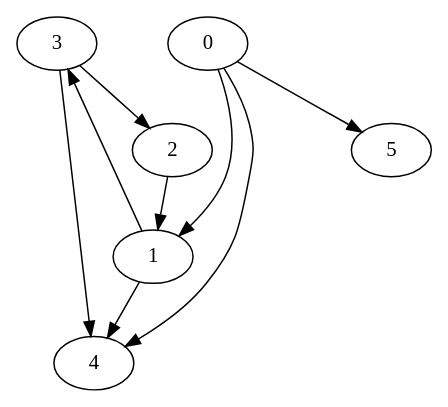
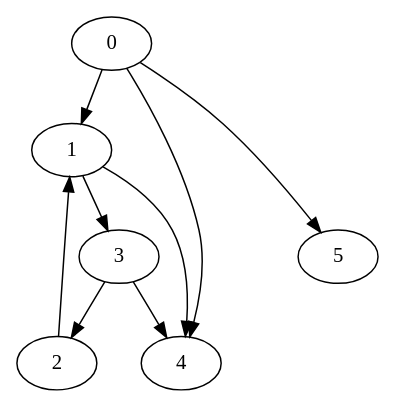
The diagram in chapter-4-trees-and-graphs/graph/graph.gv (nkane/cracking-the-code-interview), drawn with Graphviz before and after one commit. The commit also changed other lines of this file and 18 other files, not shown here.

```diff
--- a/chapter-4-trees-and-graphs/graph/graph.gv
+++ b/chapter-4-trees-and-graphs/graph/graph.gv
@@ -1,32 +1,32 @@
 strict digraph {
 
 
+	"1" [  weight=0 ];
+
+	"1" -> "3" [  weight=0 ];
+
+	"1" -> "4" [  weight=0 ];
+
+	"2" [  weight=0 ];
+
+	"2" -> "1" [  weight=0 ];
+
 	"3" [  weight=0 ];
 
+	"3" -> "4" [  weight=0 ];
+
 	"3" -> "2" [  weight=0 ];
-
-	"3" -> "4" [  weight=0 ];
 
 	"4" [  weight=0 ];
 
 	"5" [  weight=0 ];
 
 	"0" [  weight=0 ];
 
+	"0" -> "1" [  weight=0 ];
+
 	"0" -> "4" [  weight=0 ];
 
 	"0" -> "5" [  weight=0 ];
 
-	"0" -> "1" [  weight=0 ];
-
-	"1" [  weight=0 ];
-
-	"1" -> "4" [  weight=0 ];
-
-	"1" -> "3" [  weight=0 ];
-
-	"2" [  weight=0 ];
-
-	"2" -> "1" [  weight=0 ];
-
 }
```
